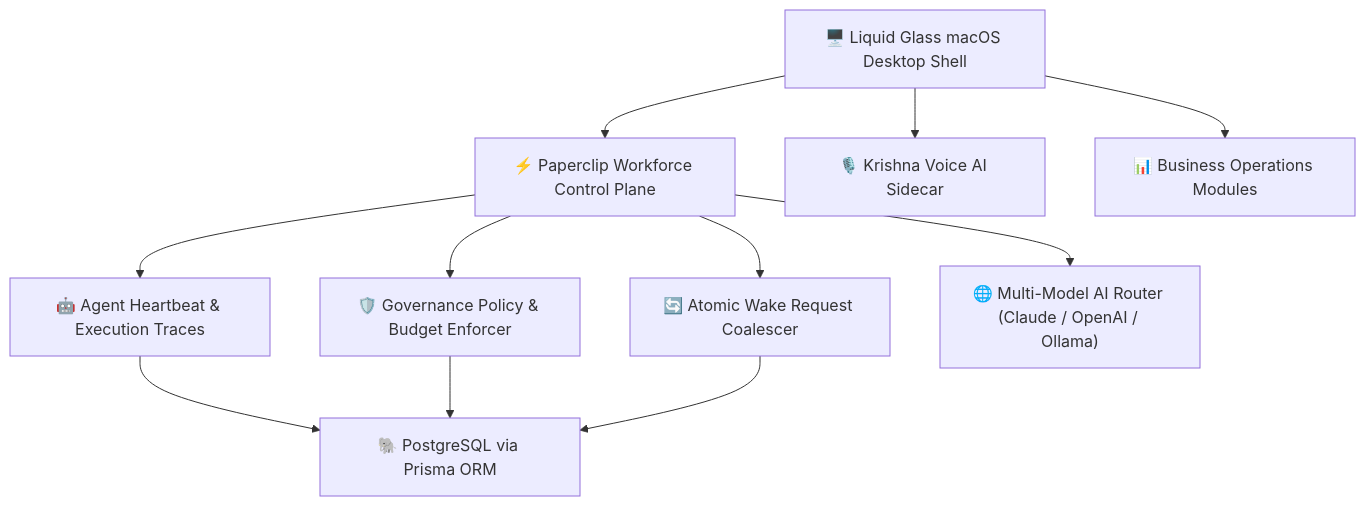
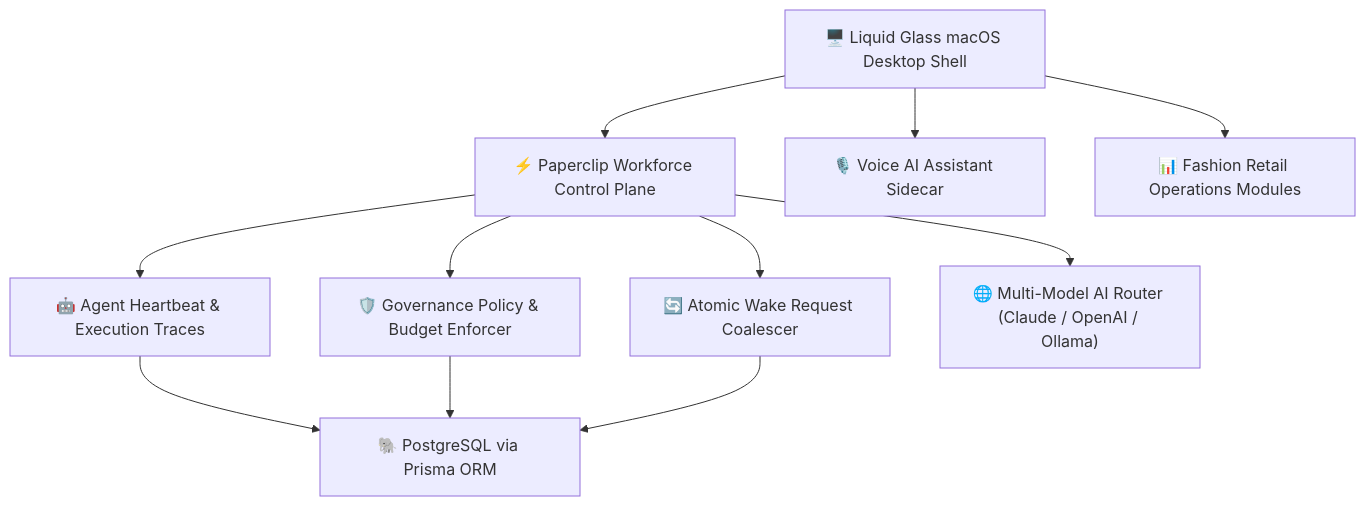
Before and after one commit to KashinathTilagul/commerce-os: the diagram in README.md, drawn with Mermaid. The commit also changed other lines of this file, not shown here.

Commit message:
docs: position Fashion OS as open-source retail e-commerce OS created by EKVAAR

````diff
--- a/README.md
+++ b/README.md
@@ -17,13 +20,13 @@
 ```mermaid
 graph TD
     A["🖥️ Liquid Glass macOS Desktop Shell"] --> B["⚡ Paperclip Workforce Control Plane"]
-    A --> C["🎙️ Krishna Voice AI Sidecar"]
-    A --> D["📊 Business Operations Modules"]
+    A --> C["🎙️ Voice AI Assistant Sidecar"]
+    A --> D["📊 Fashion Retail Operations Modules"]
     B --> E["🤖 Agent Heartbeat & Execution Traces"]
     B --> F["🛡️ Governance Policy & Budget Enforcer"]
     B --> G["🔄 Atomic Wake Request Coalescer"]
     E --> H["🐘 PostgreSQL via Prisma ORM"]
     F --> H
     G --> H
     B --> I["🌐 Multi-Model AI Router (Claude / OpenAI / Ollama)"]
 ```
````
